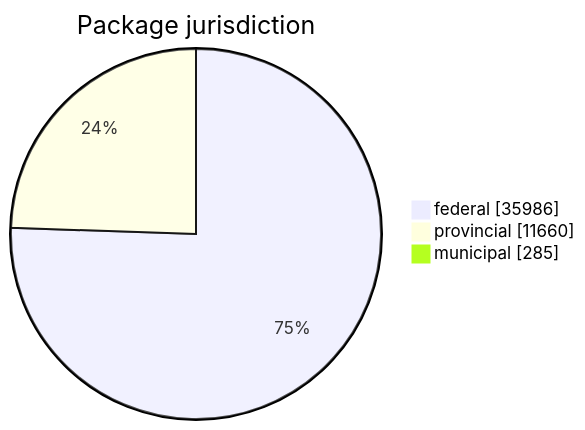
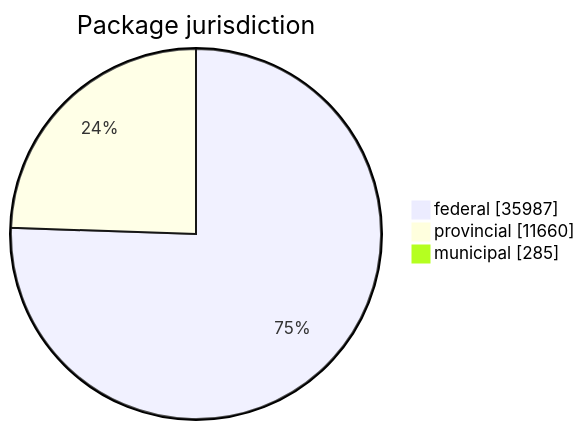
The first of 5 diagrams in FreshCheck/README.md (open-data/analytics-corporate-reporting), drawn with Mermaid before and after one commit. The commit also changed other lines of this file and 3 other files, not shown here.

````diff
--- a/FreshCheck/README.md
+++ b/FreshCheck/README.md
@@ -60,6 +60,6 @@
 ```mermaid
 pie showData title Package jurisdiction
-    "federal": 35986
+    "federal": 35987
     "provincial": 11660
     "municipal": 285
 ```
````
